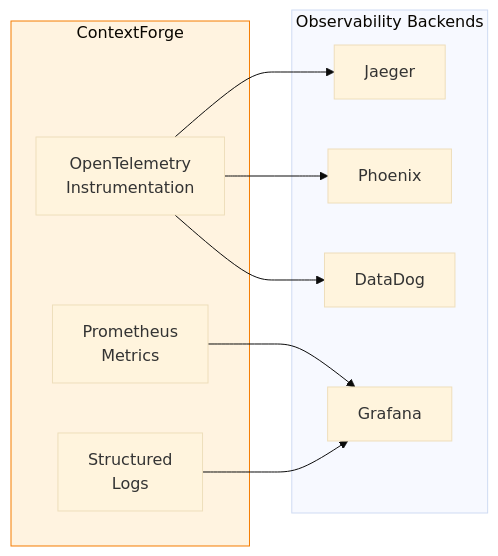
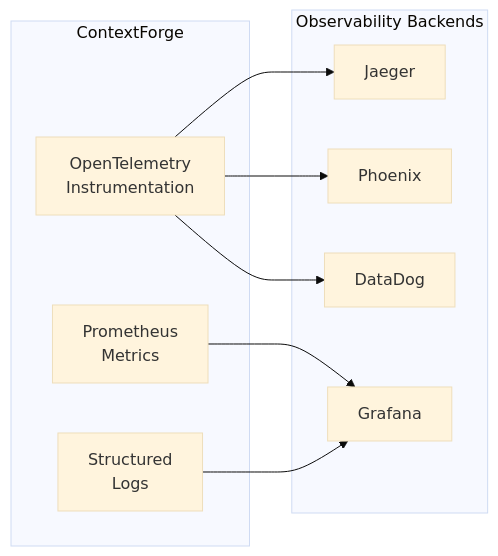
Before and after one commit to tedhabeck/mcp-context-forge: the fourth of 5 diagrams in docs/docs/best-practices/selecting-an-mcp-gateway.md, drawn with Mermaid (base theme). The commit also changed other lines of this file and 147 other files, not shown here.

First line of the commit message:
docs: refresh docs formatting, links, and diagrams (#2624)

````diff
--- a/docs/docs/best-practices/selecting-an-mcp-gateway.md
+++ b/docs/docs/best-practices/selecting-an-mcp-gateway.md
@@ -455,23 +450,21 @@
 ```mermaid
 flowchart LR
     subgraph cf["ContextForge"]
         otel["OpenTelemetry<br>Instrumentation"]
         prom["Prometheus<br>Metrics"]
         logs["Structured<br>Logs"]
     end
 
     subgraph backends["Observability Backends"]
         jaeger["Jaeger"]
         phoenix["Phoenix"]
         grafana["Grafana"]
         datadog["DataDog"]
     end
 
     otel --> jaeger
     otel --> phoenix
     otel --> datadog
     prom --> grafana
     logs --> grafana
-
-    style cf fill:#fff3e0,stroke:#f57c00
 ```
````
